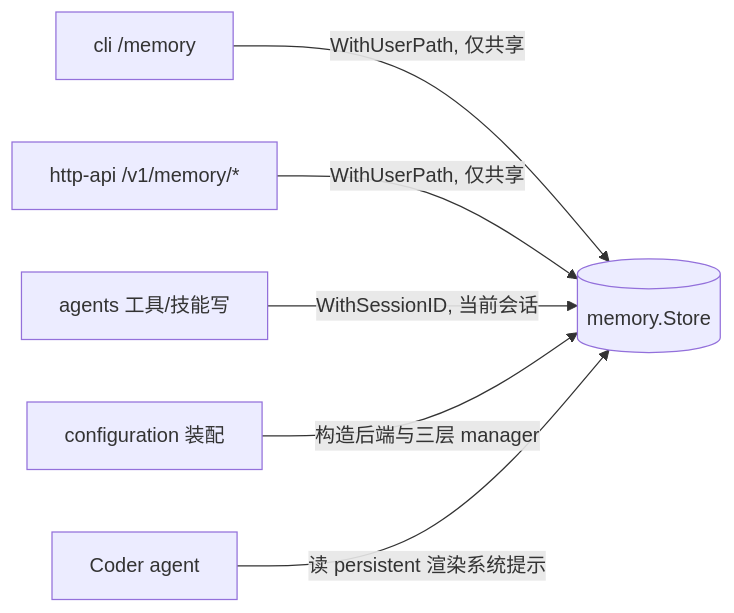
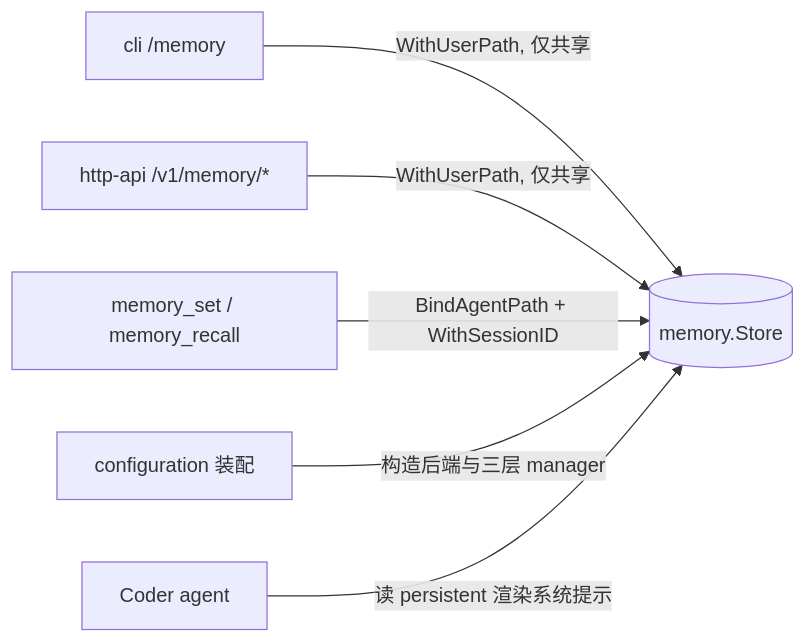
Before and after one commit to vogo/vv: the third of 3 diagrams in doc/domains/core/memory/spec.md, drawn with Mermaid. The commit also changed other lines of this file and 22 other files, not shown here.

First line of the commit message:
feat: wire memory_set / memory_recall for ProfileFull agents

````diff
--- a/doc/domains/core/memory/spec.md
+++ b/doc/domains/core/memory/spec.md
@@ -85,9 +85,9 @@
 ```mermaid
 flowchart LR
     cli[cli /memory] -->|WithUserPath, 仅共享| store
     http[http-api /v1/memory/*] -->|WithUserPath, 仅共享| store
-    agents[agents 工具/技能写] -->|WithSessionID, 当前会话| store
+    tools[memory_set / memory_recall] -->|BindAgentPath + WithSessionID| store
     config[configuration 装配] -->|构造后端与三层 manager| store
     store[(memory.Store)]
     coder[Coder agent] -->|读 persistent 渲染系统提示| store
 ```
````
